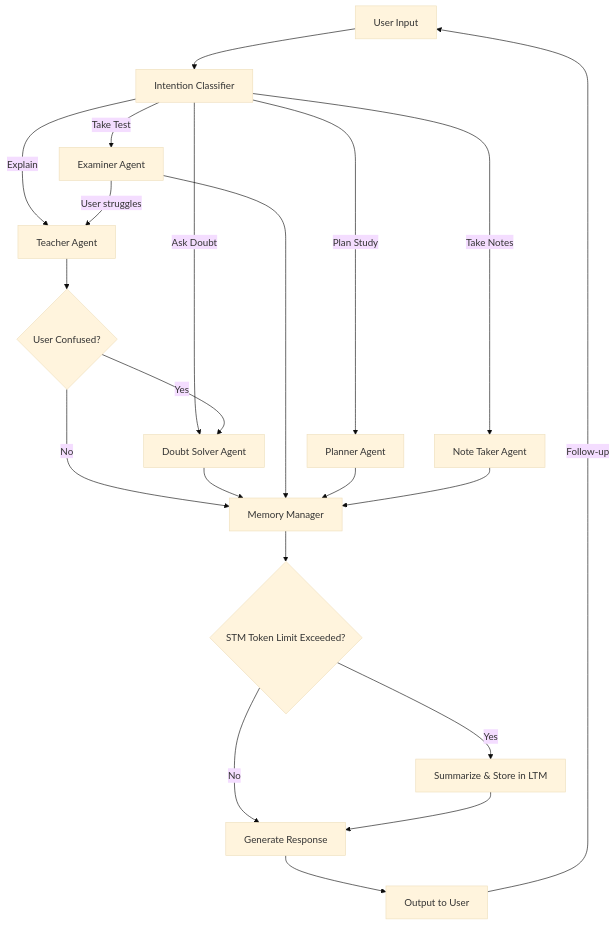
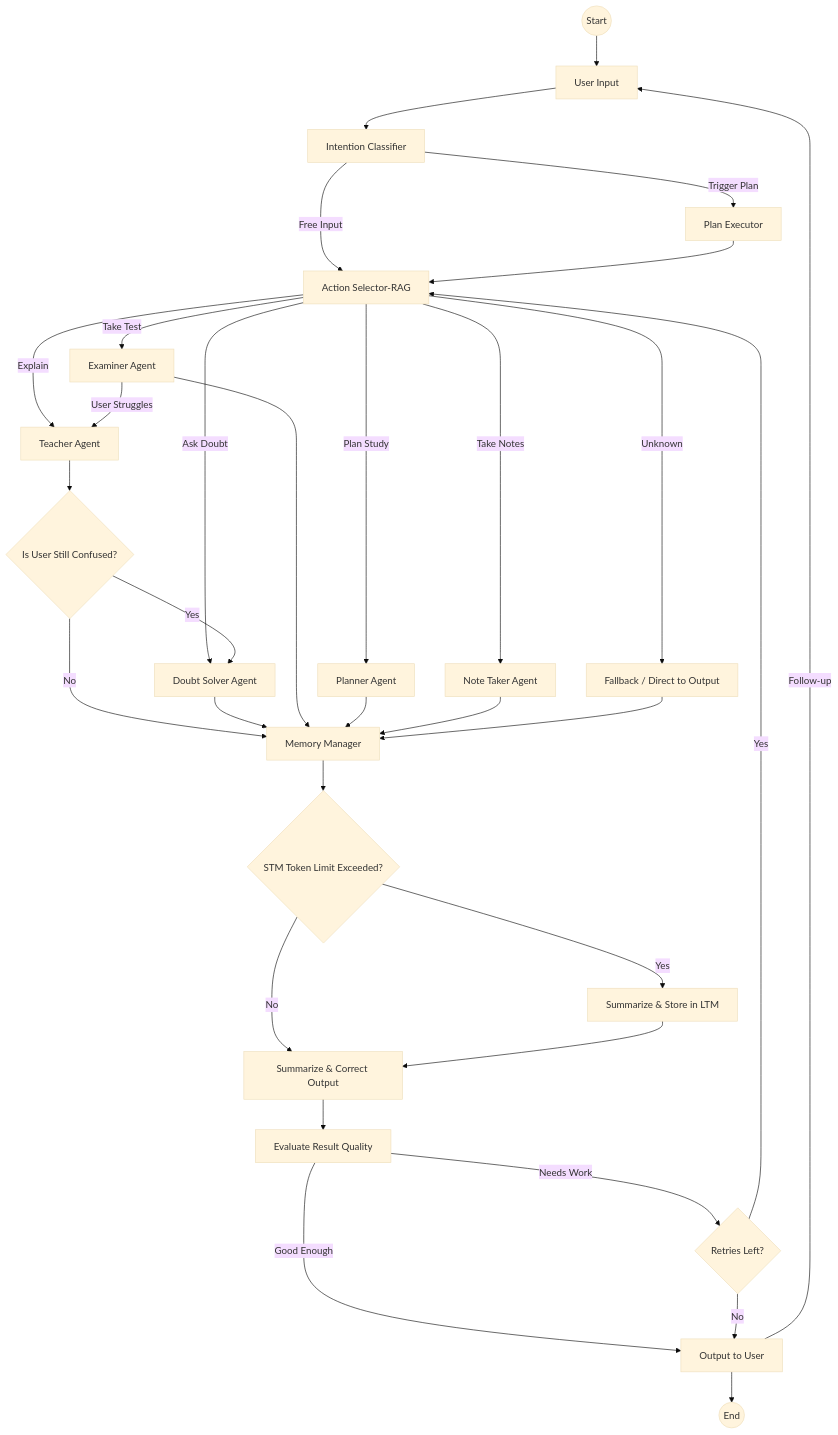
Before and after one commit to datasciritwik/components.agents: the first of 2 diagrams in agents/cognify/README.md, drawn with Mermaid (base theme). The commit also changed other lines of this file, not shown here.

````diff
--- a/agents/cognify/README.md
+++ b/agents/cognify/README.md
@@ -3,29 +5,49 @@
 ```mermaid
 graph TD
-  UserInput[User Input] --> IntentClassifier[Intention Classifier]
+  START((Start)) --> UserInput[User Input]
+  UserInput --> IntentClassifier[Intention Classifier]
 
-  IntentClassifier -->|Explain| Teacher[Teacher Agent]
-  IntentClassifier -->|Ask Doubt| DoubtSolver[Doubt Solver Agent]
-  IntentClassifier -->|Take Test| Examiner[Examiner Agent]
-  IntentClassifier -->|Plan Study| Planner[Planner Agent]
-  IntentClassifier -->|Take Notes| NoteTaker[Note Taker Agent]
+  IntentClassifier -->|Trigger Plan| PlanExecutor[Plan Executor]
+  IntentClassifier -->|Free Input| ActionSelector[Action Selector-RAG]
 
-  Teacher --> CheckConfusion{User Confused?}
-  CheckConfusion -- Yes --> DoubtSolver
-  CheckConfusion -- No --> MemoryManager[Memory Manager]
+  %% Plan executor flows like a proactive agent
+  PlanExecutor --> ActionSelector
 
-  DoubtSolver --> MemoryManager
-  Examiner -->|User struggles| Teacher
-  Examiner --> MemoryManager
-  Planner --> MemoryManager
-  NoteTaker --> MemoryManager
+  %% Central decision-making unit
+  ActionSelector -->|Explain| Teacher[Teacher Agent]
+  ActionSelector -->|Ask Doubt| DoubtSolver[Doubt Solver Agent]
+  ActionSelector -->|Take Test| Examiner[Examiner Agent]
+  ActionSelector -->|Plan Study| Planner[Planner Agent]
+  ActionSelector -->|Take Notes| NoteTaker[Note Taker Agent]
+  ActionSelector -->|Unknown| Fallback[Fallback / Direct to Output]
 
-  MemoryManager --> TokenCheck{STM Token Limit Exceeded?}
-  TokenCheck -- Yes --> Summarize[Summarize & Store in LTM]
-  TokenCheck -- No --> ResponseGen[Generate Response]
+  %% Agent interaction outcomes
+  Teacher --> CheckConfusion{Is User Still Confused?}
+  CheckConfusion -->|Yes| DoubtSolver
+  CheckConfusion -->|No| IntermediateMemory[Memory Manager]
 
-  Summarize --> ResponseGen
-  ResponseGen --> UserOutput[Output to User]
+  DoubtSolver --> IntermediateMemory
+  Examiner -->|User Struggles| Teacher
+  Examiner --> IntermediateMemory
+  Planner --> IntermediateMemory
+  NoteTaker --> IntermediateMemory
+  Fallback --> IntermediateMemory
 
+  %% Memory & summarization logic
+  IntermediateMemory --> TokenCheck{STM Token Limit Exceeded?}
+  TokenCheck -->|Yes| Summarizer[Summarize & Store in LTM]
+  TokenCheck -->|No| Refiner[Summarize & Correct Output]
+
+  Summarizer --> Refiner
+
+  %% Evaluate result quality
+  Refiner --> Evaluator[Evaluate Result Quality]
+  Evaluator -->|Good Enough| UserOutput[Output to User]
+  Evaluator -->|Needs Work| RetryCheck{Retries Left?}
+  RetryCheck -->|Yes| ActionSelector
+  RetryCheck -->|No| UserOutput
+
+  %% Close the loop
   UserOutput -->|Follow-up| UserInput
+  UserOutput --> END((End))
 ```
````
